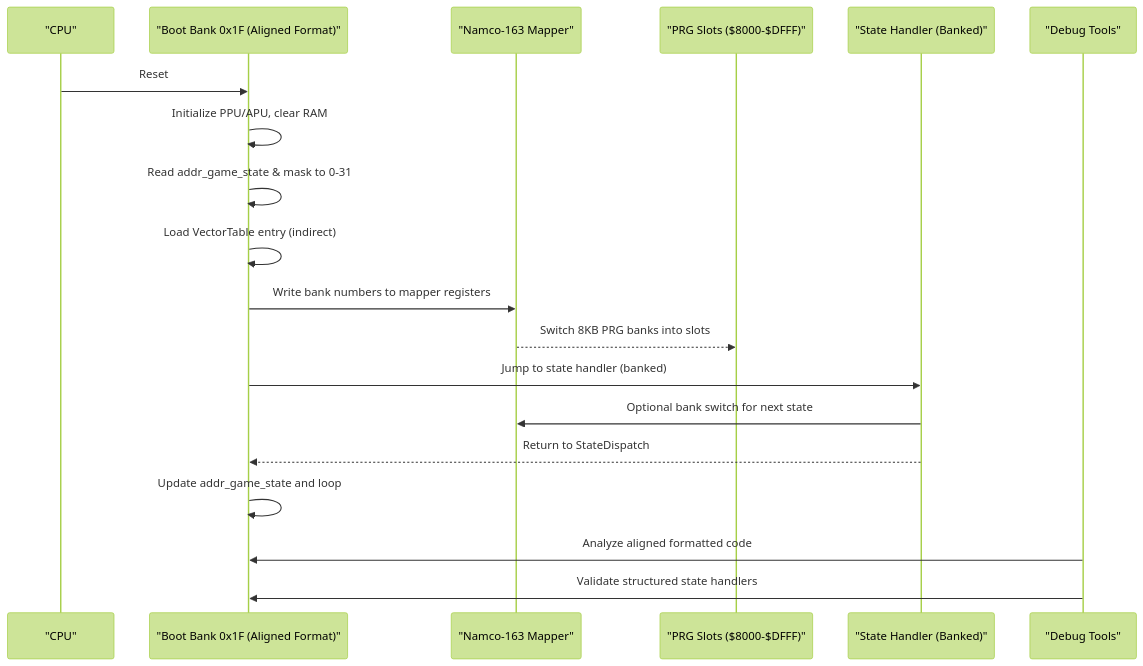
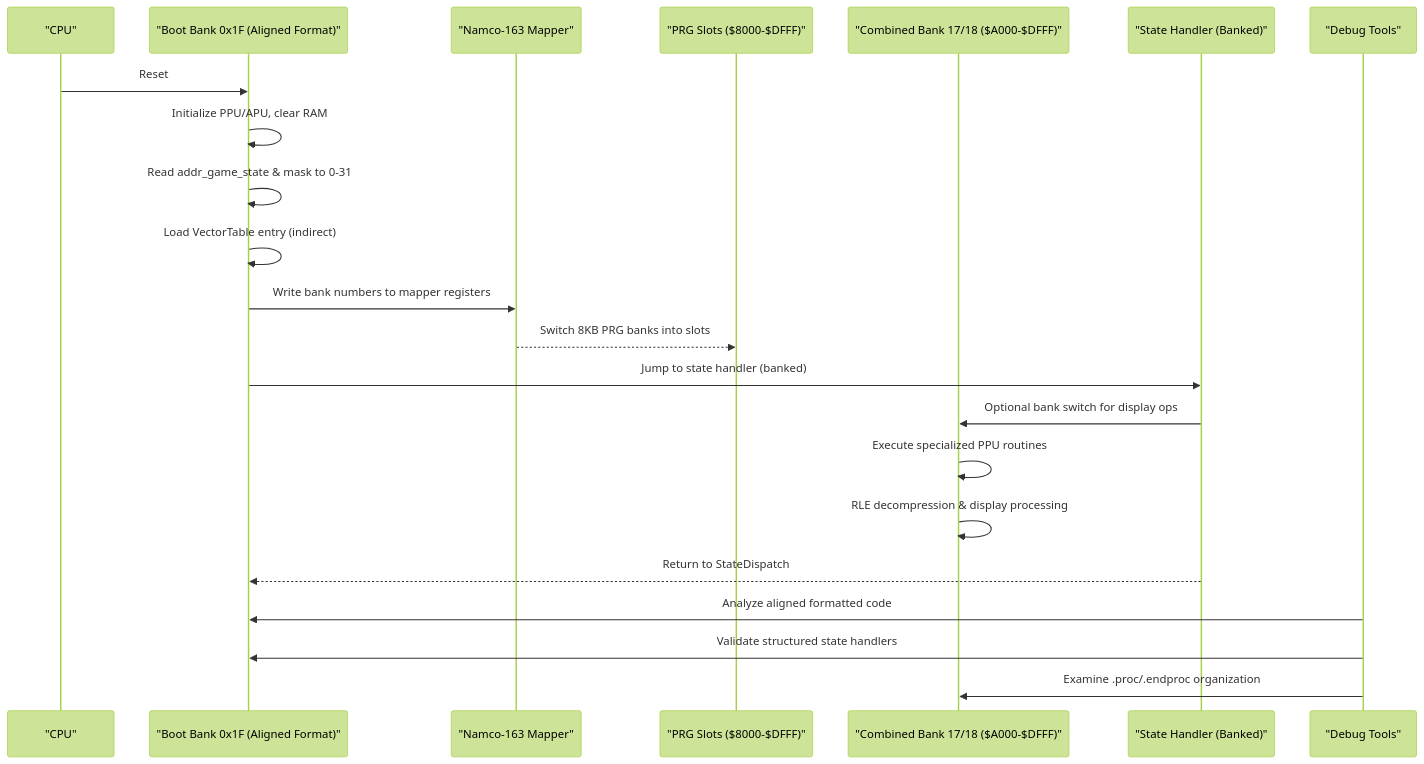
Before and after one commit to rabbyzero/sango2dasm: the second of 10 diagrams in .qoder/repowiki/en/content/Assembly Architecture/Assembly Architecture.md, drawn with Mermaid (forest theme). The commit also changed other lines of this file and 20 other files, not shown here.

````diff
--- a/.qoder/repowiki/en/content/Assembly Architecture/Assembly Architecture.md
+++ b/.qoder/repowiki/en/content/Assembly Architecture/Assembly Architecture.md
@@ -120,21 +133,24 @@
 ```mermaid
 sequenceDiagram
 participant CPU as "CPU"
 participant BOOT as "Boot Bank 0x1F (Aligned Format)"
 participant MAP as "Namco-163 Mapper"
 participant SLOTS as "PRG Slots ($8000-$DFFF)"
+participant COMBINED as "Combined Bank 17/18 ($A000-$DFFF)"
 participant STATE as "State Handler (Banked)"
 participant DEBUG as "Debug Tools"
 CPU->>BOOT : Reset
 BOOT->>BOOT : Initialize PPU/APU, clear RAM
 BOOT->>BOOT : Read addr_game_state & mask to 0-31
 BOOT->>BOOT : Load VectorTable entry (indirect)
 BOOT->>MAP : Write bank numbers to mapper registers
 MAP-->>SLOTS : Switch 8KB PRG banks into slots
 BOOT->>STATE : Jump to state handler (banked)
-STATE->>MAP : Optional bank switch for next state
+STATE->>COMBINED : Optional bank switch for display ops
+COMBINED->>COMBINED : Execute specialized PPU routines
+COMBINED->>COMBINED : RLE decompression & display processing
 STATE-->>BOOT : Return to StateDispatch
-BOOT->>BOOT : Update addr_game_state and loop
 DEBUG->>BOOT : Analyze aligned formatted code
 DEBUG->>BOOT : Validate structured state handlers
+DEBUG->>COMBINED : Examine .proc/.endproc organization
 ```
````
